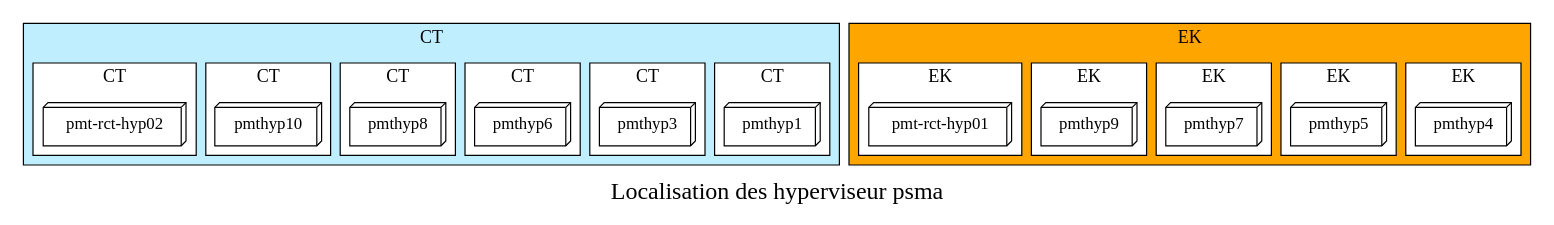
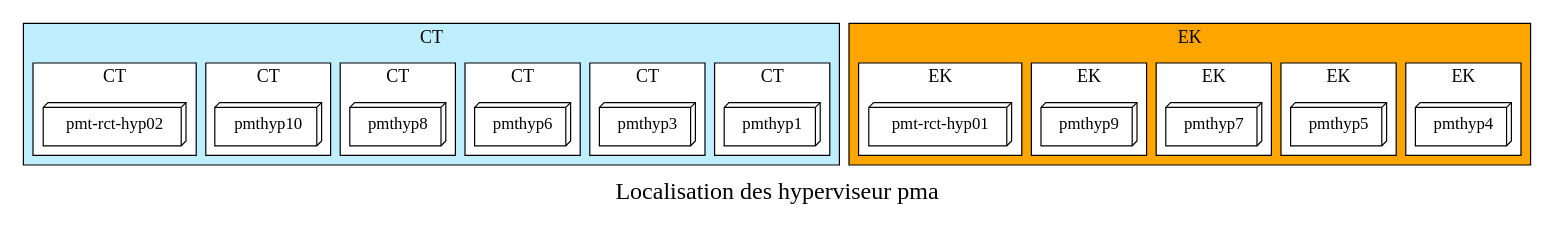
One commit to ronron22/a-dot changed the diagram in hyp.dot. Above: the diagram before and after it, drawn with Graphviz.

Commit message:
add to public

```diff
--- a/hyp.dot
+++ b/hyp.dot
@@ -1,81 +1,81 @@
 digraph G {
     style=bold;
-    label="Localisation des hyperviseur psma"
+    label="Localisation des hyperviseur pma"
     fontsize = 20
 
     # impair : CT : lightblue1
     # pair : EK : navajowhite1
     # h20 : lightyellow3
 
 
     subgraph cluster_CT {
         label = "CT";
         fillcolor="lightblue1";
         style="filled";
         fontsize = 15
         
         subgraph cluster_CT_PMTHYP1 {
             fillcolor="white";
             style="filled";
             pmthyp1 [ shape = box3d, ] ;
         }
         subgraph cluster_CT_PMTHYP3 {
             fillcolor="white";
             style="filled";
             pmthyp3 [ shape = box3d, ] ;
         }
         subgraph cluster_CT_PMTHYP6 {
             fillcolor="white";
             style="filled";
             pmthyp6 [ shape = box3d, ] ;
         }
         subgraph cluster_CT_PMTHYP8 {
             fillcolor="white";
             style="filled";
             pmthyp8 [ shape = box3d, ] ;
         }
         subgraph cluster_CT_PMTHYP10 {
             fillcolor="white";
             style="filled";
             pmthyp10 [ shape = box3d, ] ;
         }
         subgraph cluster_CT_PMT_RCT_HYP02 {
             fillcolor="white";
             style="filled";
             "pmt-rct-hyp02" [ shape = box3d, ] ;
         }
     }
 
     subgraph cluster_EK {
         label = "EK";
         fillcolor="orange";
         style="filled";
         fontsize = 15
         
         subgraph cluster_CT_PMTHYP4 {
             fillcolor="white";
             style="filled";
             pmthyp4 [ shape = box3d, ] ;
         }
         subgraph cluster_CT_PMTHYP5 {
             fillcolor="white";
             style="filled";
             pmthyp5 [ shape = box3d, ] ;
         }
         subgraph cluster_CT_PMTHYP7 {
             fillcolor="white";
             style="filled";
             pmthyp7 [ shape = box3d, ] ;
         }
         subgraph cluster_CT_PMTHYP9 {
             fillcolor="white";
             style="filled";
             pmthyp9 [ shape = box3d, ] ;
         }
         subgraph cluster_CT_PMT_RCT_HYP01 {
             fillcolor="white";
             style="filled";
             "pmt-rct-hyp01" [ shape = box3d, ] ;
         }
     }
 }
```
